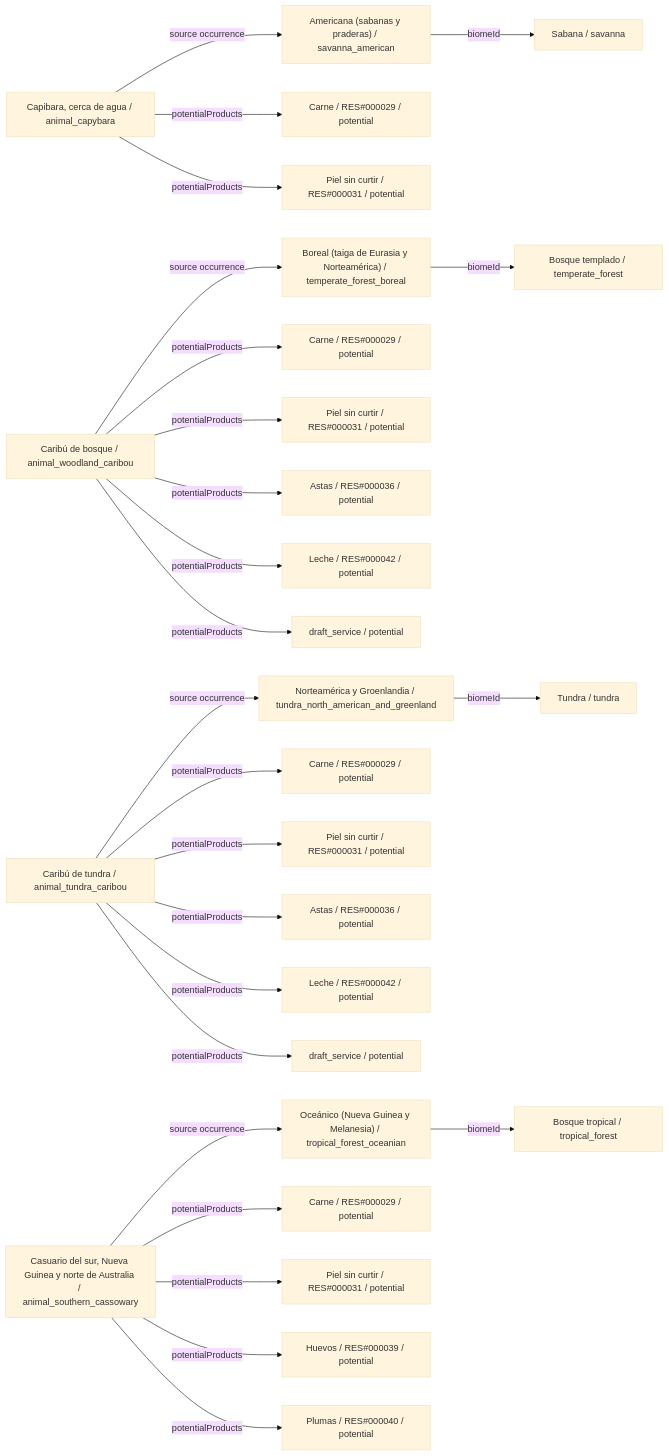
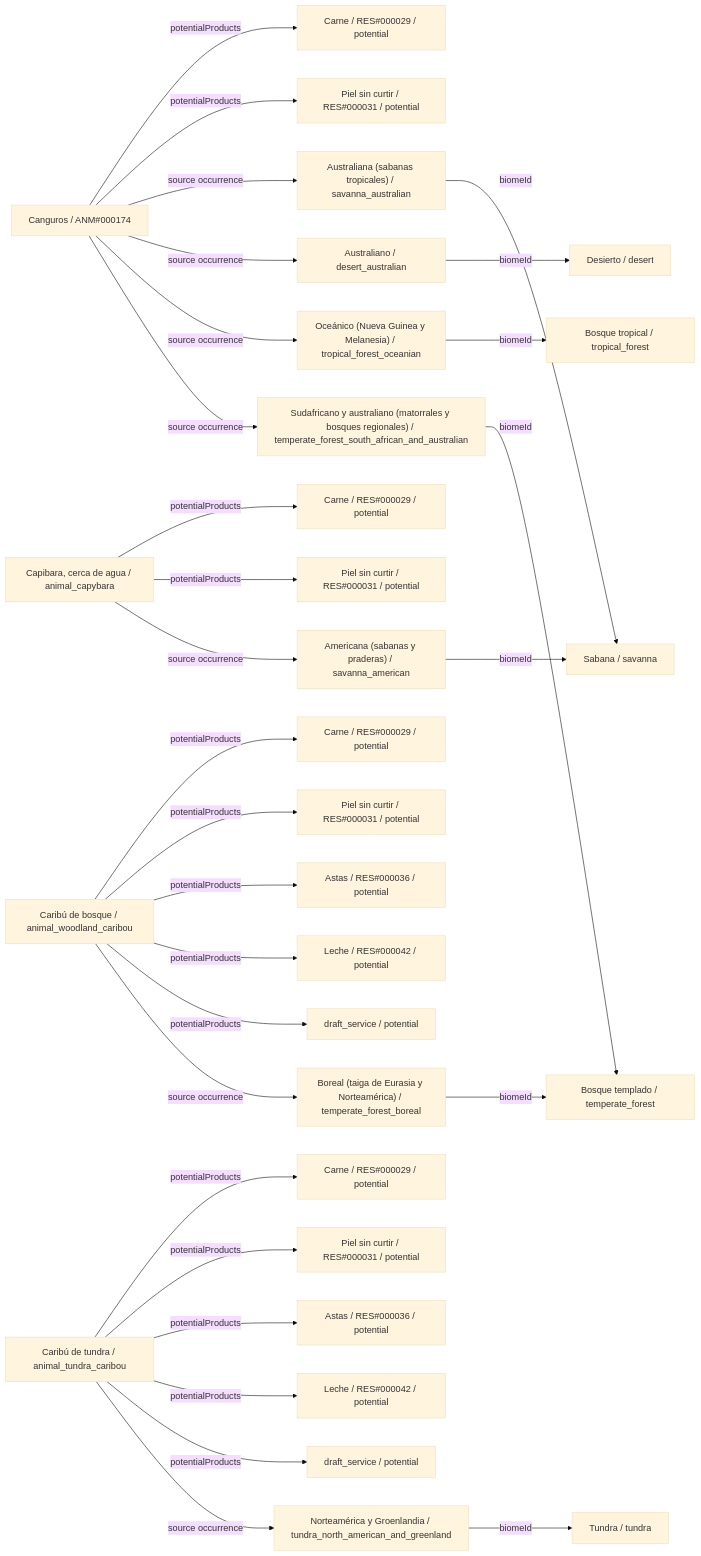
One commit to fgabo404/EvolveDoc changed the fifth of 26 diagrams in data/animals/DIAGRAMS.es.md. Above: the diagram before and after it, drawn with Mermaid (base theme). The commit also changed other lines of this file and 59 other files, not shown here.

````diff
--- a/data/animals/DIAGRAMS.es.md
+++ b/data/animals/DIAGRAMS.es.md
@@ -397,55 +294,61 @@
 ```mermaid
 flowchart LR
-    c0["Capibara, cerca de agua / animal_capybara"]
-    v12["Americana (sabanas y praderas) / savanna_american"]
+    c0["Canguros / ANM#000174"]
+    v3["Oceánico (Nueva Guinea y Melanesia) / tropical_forest_oceanian"]
+    b0["Bosque tropical / tropical_forest"]
+    v6["Sudafricano y australiano (matorrales y bosques regionales) / temperate_forest_south_african_and_australian"]
+    b1["Bosque templado / temperate_forest"]
+    v14["Australiana (sabanas tropicales) / savanna_australian"]
     b3["Sabana / savanna"]
+    v18["Australiano / desert_australian"]
+    b4["Desierto / desert"]
     o0_0["Carne / RES#000029 / potential"]
     o0_1["Piel sin curtir / RES#000031 / potential"]
-    c1["Caribú de bosque / animal_woodland_caribou"]
-    v7["Boreal (taiga de Eurasia y Norteamérica) / temperate_forest_boreal"]
-    b1["Bosque templado / temperate_forest"]
+    c1["Capibara, cerca de agua / animal_capybara"]
+    v12["Americana (sabanas y praderas) / savanna_american"]
     o1_0["Carne / RES#000029 / potential"]
     o1_1["Piel sin curtir / RES#000031 / potential"]
-    o1_2["Astas / RES#000036 / potential"]
-    o1_3["Leche / RES#000042 / potential"]
-    o1_4["draft_service / potential"]
-    c2["Caribú de tundra / animal_tundra_caribou"]
-    v8["Norteamérica y Groenlandia / tundra_north_american_and_greenland"]
-    b2["Tundra / tundra"]
+    c2["Caribú de bosque / animal_woodland_caribou"]
+    v7["Boreal (taiga de Eurasia y Norteamérica) / temperate_forest_boreal"]
     o2_0["Carne / RES#000029 / potential"]
     o2_1["Piel sin curtir / RES#000031 / potential"]
     o2_2["Astas / RES#000036 / potential"]
     o2_3["Leche / RES#000042 / potential"]
     o2_4["draft_service / potential"]
-    c3["Casuario del sur, Nueva Guinea y norte de Australia / animal_southern_cassowary"]
-    v3["Oceánico (Nueva Guinea y Melanesia) / tropical_forest_oceanian"]
-    b0["Bosque tropical / tropical_forest"]
+    c3["Caribú de tundra / animal_tundra_caribou"]
+    v8["Norteamérica y Groenlandia / tundra_north_american_and_greenland"]
+    b2["Tundra / tundra"]
     o3_0["Carne / RES#000029 / potential"]
     o3_1["Piel sin curtir / RES#000031 / potential"]
-    o3_2["Huevos / RES#000039 / potential"]
-    o3_3["Plumas / RES#000040 / potential"]
+    o3_2["Astas / RES#000036 / potential"]
+    o3_3["Leche / RES#000042 / potential"]
+    o3_4["draft_service / potential"]
     c0 -->|potentialProducts| o0_0
     c0 -->|potentialProducts| o0_1
-    c0 -->|source occurrence| v12
+    c0 -->|source occurrence| v14
+    c0 -->|source occurrence| v18
+    c0 -->|source occurrence| v3
+    c0 -->|source occurrence| v6
     c1 -->|potentialProducts| o1_0
     c1 -->|potentialProducts| o1_1
-    c1 -->|potentialProducts| o1_2
-    c1 -->|potentialProducts| o1_3
-    c1 -->|potentialProducts| o1_4
-    c1 -->|source occurrence| v7
+    c1 -->|source occurrence| v12
     c2 -->|potentialProducts| o2_0
     c2 -->|potentialProducts| o2_1
     c2 -->|potentialProducts| o2_2
     c2 -->|potentialProducts| o2_3
     c2 -->|potentialProducts| o2_4
-    c2 -->|source occurrence| v8
+    c2 -->|source occurrence| v7
     c3 -->|potentialProducts| o3_0
     c3 -->|potentialProducts| o3_1
     c3 -->|potentialProducts| o3_2
     c3 -->|potentialProducts| o3_3
-    c3 -->|source occurrence| v3
+    c3 -->|potentialProducts| o3_4
+    c3 -->|source occurrence| v8
     v12 -->|biomeId| b3
+    v14 -->|biomeId| b3
+    v18 -->|biomeId| b4
     v3 -->|biomeId| b0
+    v6 -->|biomeId| b1
     v7 -->|biomeId| b1
     v8 -->|biomeId| b2
 ```
````
